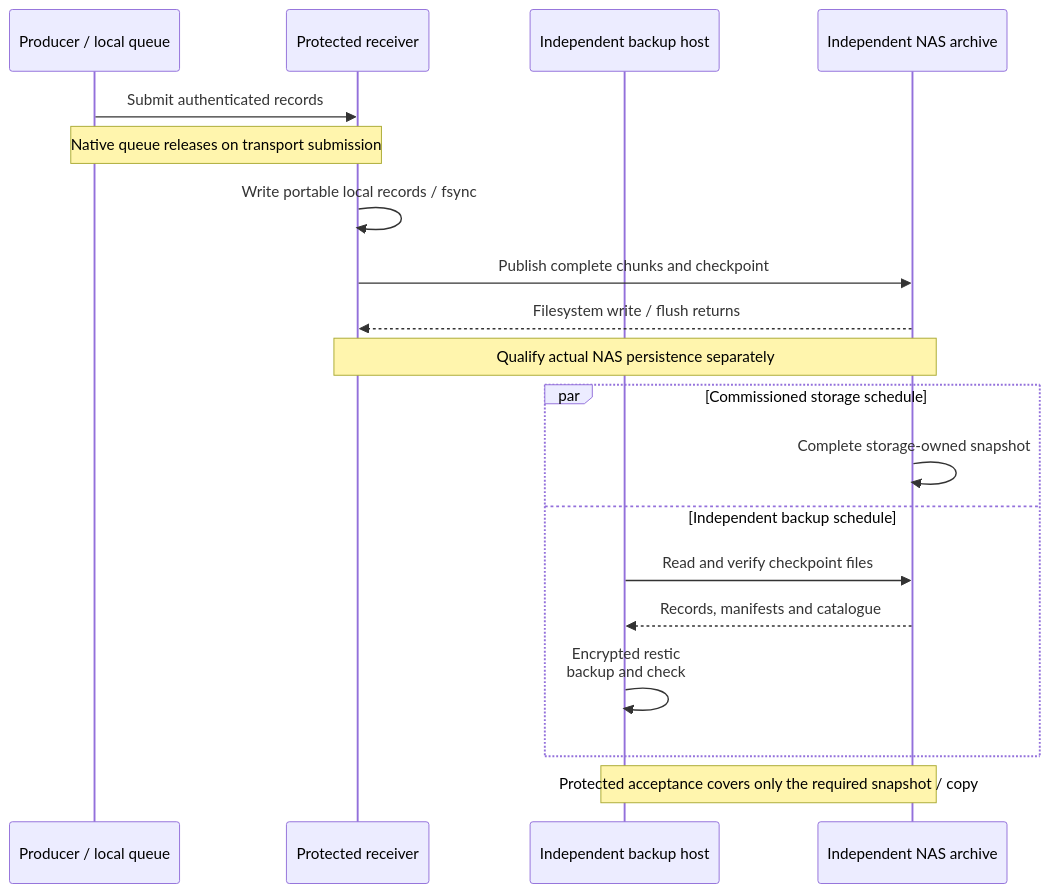
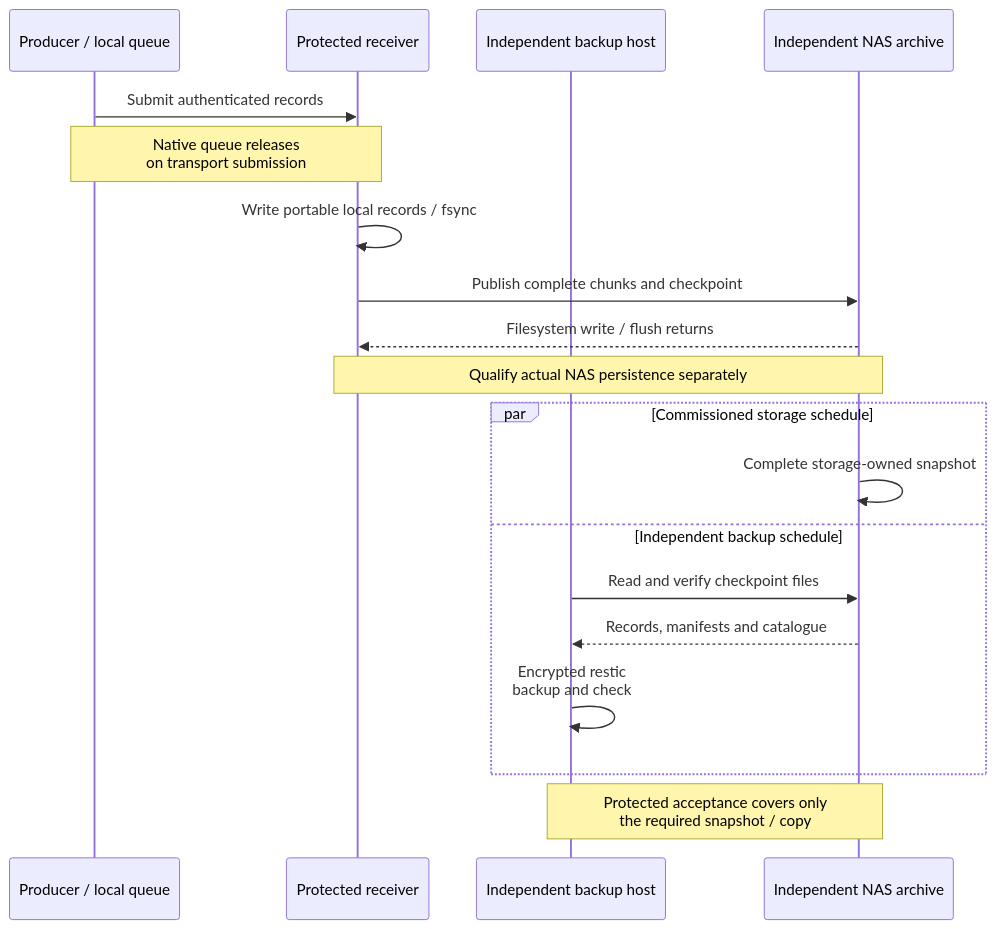
One commit to Rexus/homelab changed the second of 2 diagrams in docs/01-architecture/11-operations/01-protected-logging.md. Above: the diagram before and after it, drawn with Mermaid. The commit also changed other lines of this file and 124 other files, not shown here.

First line of the commit message:
fix(platform): align service diagrams and directory failover

````diff
--- a/docs/01-architecture/11-operations/01-protected-logging.md
+++ b/docs/01-architecture/11-operations/01-protected-logging.md
@@ -152,21 +152,21 @@
 ```mermaid
 sequenceDiagram
   participant Producer as Producer / local queue
   participant Receiver as Protected receiver
   participant Recovery as Independent backup host
   participant NAS as Independent NAS archive
   Producer->>Receiver: Submit authenticated records
-  Note over Producer,Receiver: Native queue releases on transport submission
+  Note over Producer,Receiver: Native queue releases<br/>on transport submission
   Receiver->>Receiver: Write portable local records / fsync
   Receiver->>NAS: Publish complete chunks and checkpoint
   NAS-->>Receiver: Filesystem write / flush returns
   Note over Receiver,NAS: Qualify actual NAS persistence separately
   par Commissioned storage schedule
     NAS->>NAS: Complete storage-owned snapshot
   and Independent backup schedule
     Recovery->>NAS: Read and verify checkpoint files
     NAS-->>Recovery: Records, manifests and catalogue
     Recovery->>Recovery: Encrypted restic<br/>backup and check
   end
-  Note over NAS,Recovery: Protected acceptance covers only the required snapshot / copy
+  Note over NAS,Recovery: Protected acceptance covers only<br/>the required snapshot / copy
 ```
````
